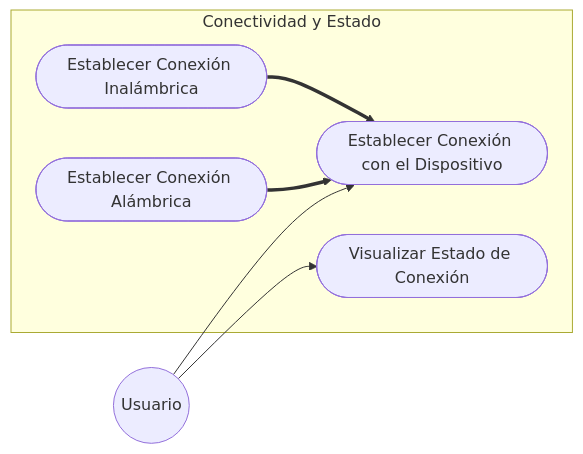
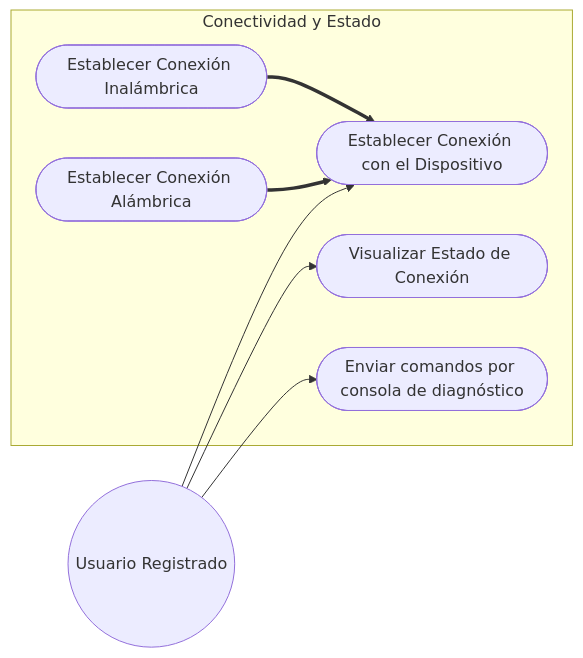
The first of 7 diagrams in Gmini-MarkDown/Diagramas/Diagramas de CU.md (alegrelias/Repo-GMini), drawn with Mermaid before and after one commit. The commit also changed other lines of this file and 1 other file, not shown here.

Commit message:
Añadi un archivo con los diagramas de cus sin modificar y uno con los diagramas de cus modificados

````diff
--- a/Gmini-MarkDown/Diagramas/Diagramas de CU.md
+++ b/Gmini-MarkDown/Diagramas/Diagramas de CU.md
@@ -5,20 +7,22 @@
 ```mermaid
 flowchart LR
 %%Actores
-Usuario((Usuario))
+Usuario((Usuario Registrado))
 
 subgraph Conectividad y Estado
 	CU1([Establecer Conexión con el Dispositivo])
 	CU2([Establecer Conexión Inalámbrica])
 	CU3([Establecer Conexión Alámbrica])
 	CU4([Visualizar Estado de Conexión])
+	CU_D4([Enviar comandos por consola de diagnóstico])
 end
 
 %%Asignación
 Usuario --> CU1
 Usuario --> CU4
+Usuario --> CU_D4
 
 %%Jerarquía
 CU2 ==> CU1
 CU3 ==> CU1
 ```
````
